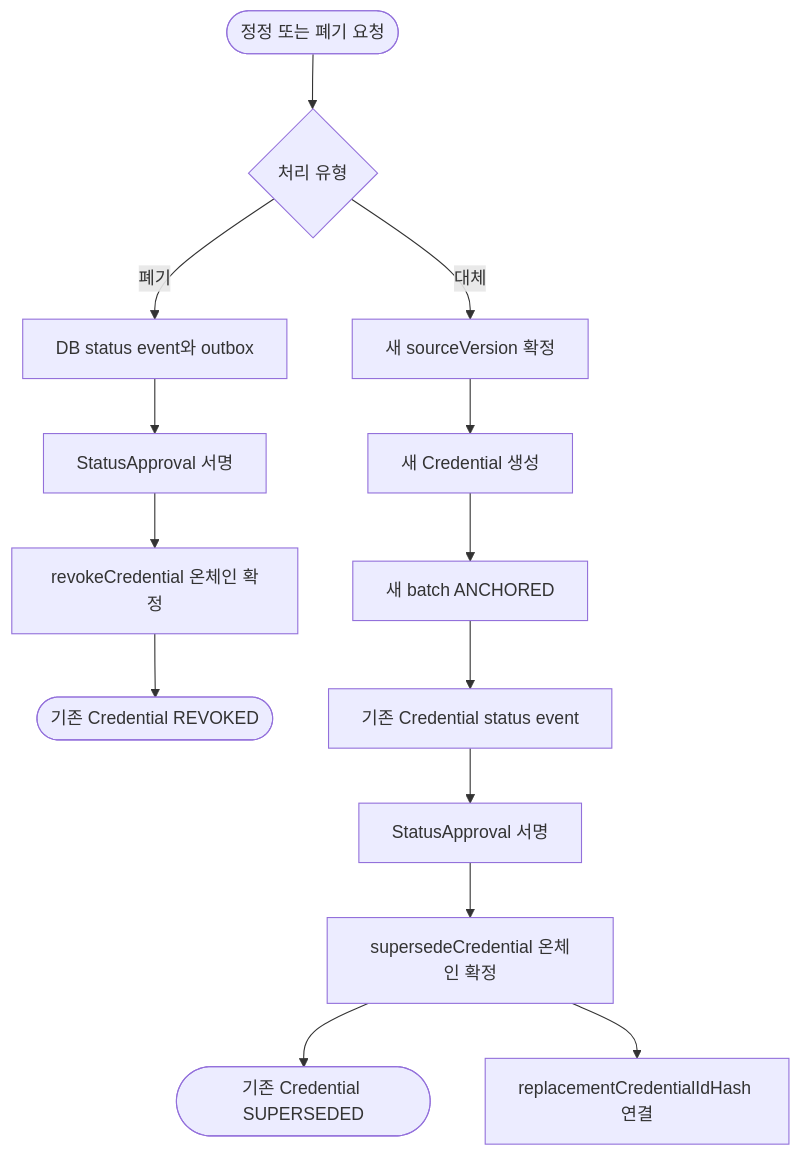
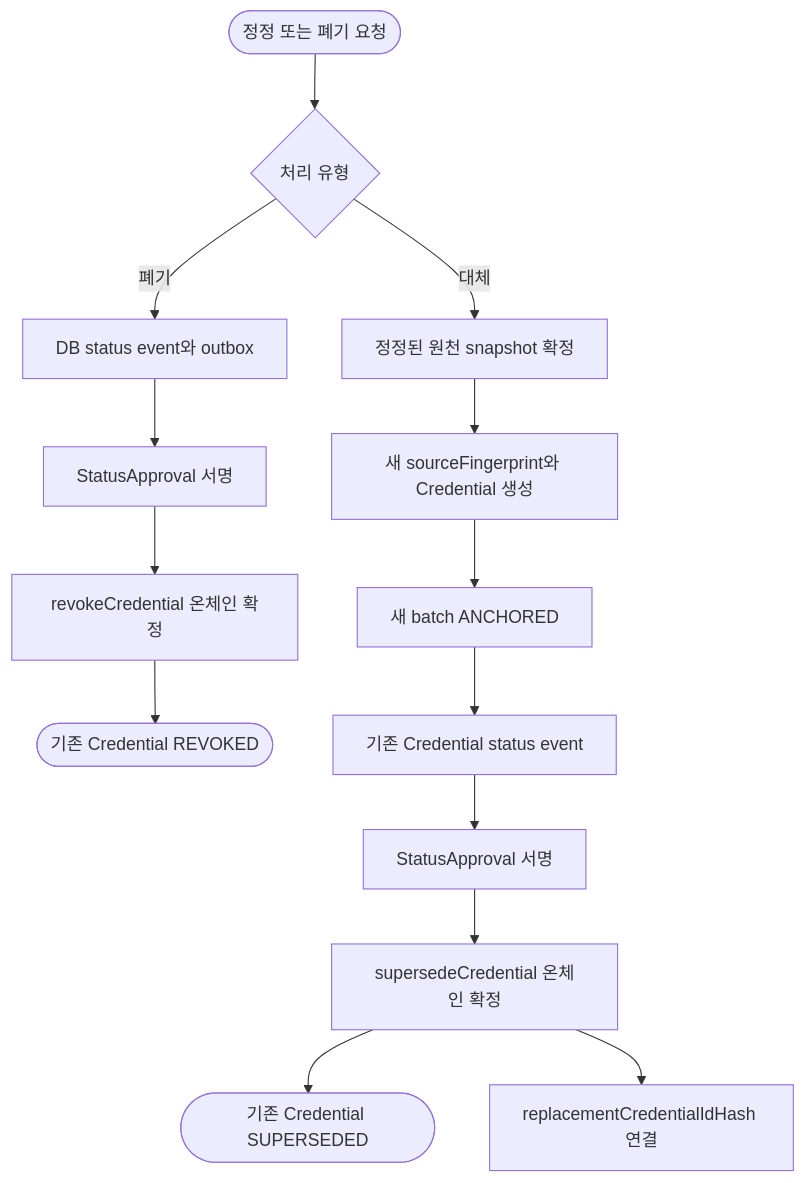
Before and after one commit to Tok-Baro/Trekkey_BackEnd: diagram 11 of 16 in docs/erd-mvp.md, drawn with Mermaid. The commit also changed other lines of this file and 8 other files, not shown here.

Commit message:
docs: align ERD and prepare integration meeting

````diff
--- a/docs/erd-mvp.md
+++ b/docs/erd-mvp.md
@@ -445,18 +446,18 @@
 ```mermaid
 flowchart TD
     changeRequest(["정정 또는 폐기 요청"]) --> action{"처리 유형"}
 
     action -->|"폐기"| revokeEvent["DB status event와 outbox"]
     revokeEvent --> revokeSign["StatusApproval 서명"]
     revokeSign --> revokeChain["revokeCredential 온체인 확정"]
     revokeChain --> revokedState(["기존 Credential REVOKED"])
 
-    action -->|"대체"| sourceVersion["새 sourceVersion 확정"]
-    sourceVersion --> newCredential["새 Credential 생성"]
+    action -->|"대체"| correctedSource["정정된 원천 snapshot 확정"]
+    correctedSource --> newCredential["새 sourceFingerprint와 Credential 생성"]
     newCredential --> newAnchor["새 batch ANCHORED"]
     newAnchor --> supersedeEvent["기존 Credential status event"]
     supersedeEvent --> supersedeSign["StatusApproval 서명"]
     supersedeSign --> supersedeChain["supersedeCredential 온체인 확정"]
     supersedeChain --> oldState(["기존 Credential SUPERSEDED"])
     supersedeChain --> replacement["replacementCredentialIdHash 연결"]
 ```
````
